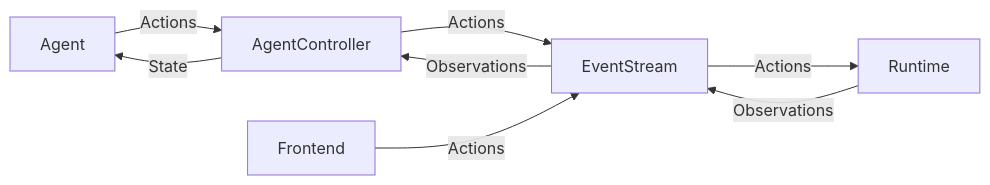
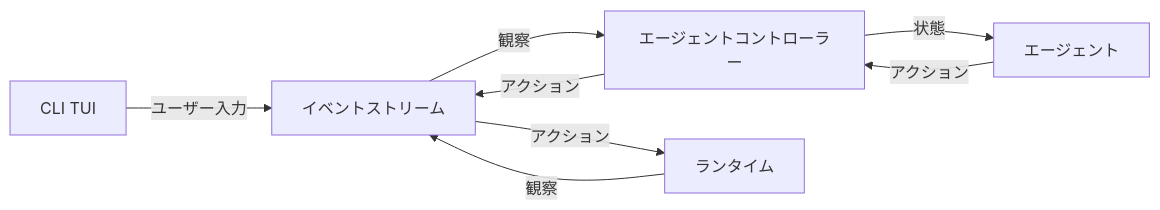
The first of 2 diagrams in cli2/docs/project-structure.md (yamatovision/cli2), drawn with Mermaid before and after one commit. The commit also changed other lines of this file, not shown here.

````diff
--- a/cli2/docs/project-structure.md
+++ b/cli2/docs/project-structure.md
@@ -54,10 +54,10 @@
 ```mermaid
 flowchart LR
-  Agent--Actions-->AgentController
-  AgentController--State-->Agent
-  AgentController--Actions-->EventStream
-  EventStream--Observations-->AgentController
-  Runtime--Observations-->EventStream
-  EventStream--Actions-->Runtime
-  Frontend--Actions-->EventStream
+  CLI_TUI[CLI TUI]--ユーザー入力-->EventStream[イベントストリーム]
+  Agent[エージェント]--アクション-->AgentController[エージェントコントローラー]
+  AgentController--状態-->Agent
+  AgentController--アクション-->EventStream
+  EventStream--観察-->AgentController
+  Runtime[ランタイム]--観察-->EventStream
+  EventStream--アクション-->Runtime
 ```
````
